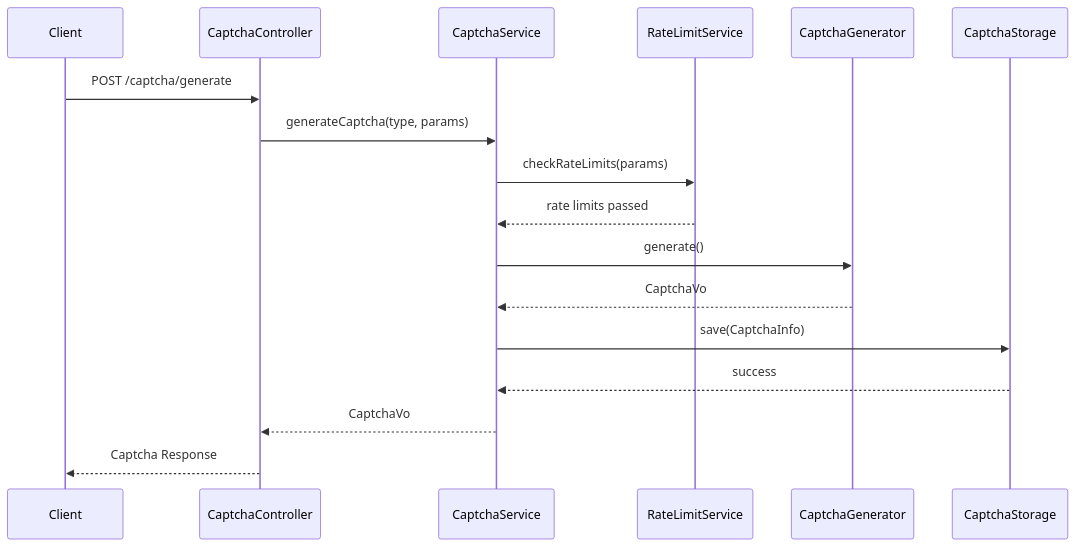
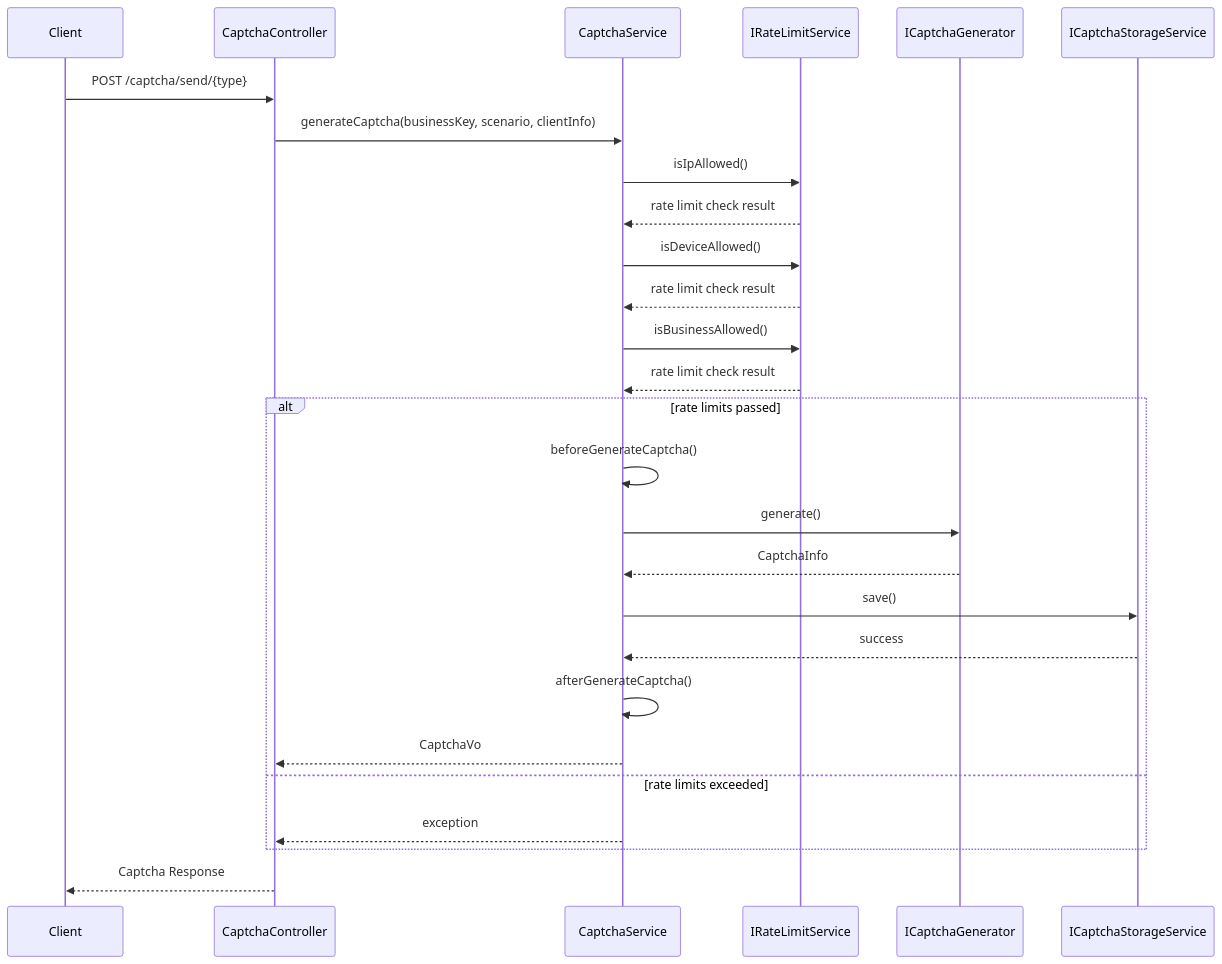
One commit to opensabre/base-sysadmin changed the third of 5 diagrams in CAPTCHA_MODULE_DESIGN.md. Above: the diagram before and after it, drawn with Mermaid. The commit also changed other lines of this file and 1 other file, not shown here.

Commit message:
Update captcha module design documentation with latest architecture

````diff
--- a/CAPTCHA_MODULE_DESIGN.md
+++ b/CAPTCHA_MODULE_DESIGN.md
@@ -155,24 +206,37 @@
 ```mermaid
 sequenceDiagram
     participant Client
     participant CaptchaController
     participant CaptchaService
-    participant RateLimitService
-    participant CaptchaGenerator
-    participant CaptchaStorage
+    participant IRateLimitService
+    participant ICaptchaGenerator
+    participant ICaptchaStorageService
     
-    Client->>CaptchaController: POST /captcha/generate
-    CaptchaController->>CaptchaService: generateCaptcha(type, params)
+    Client->>CaptchaController: POST /captcha/send/{type}
+    CaptchaController->>CaptchaService: generateCaptcha(businessKey, scenario, clientInfo)
     
-    CaptchaService->>RateLimitService: checkRateLimits(params)
-    RateLimitService-->>CaptchaService: rate limits passed
+    CaptchaService->>IRateLimitService: isIpAllowed()
+    IRateLimitService-->>CaptchaService: rate limit check result
     
-    CaptchaService->>CaptchaGenerator: generate()
-    CaptchaGenerator-->>CaptchaService: CaptchaVo
+    CaptchaService->>IRateLimitService: isDeviceAllowed()
+    IRateLimitService-->>CaptchaService: rate limit check result
     
-    CaptchaService->>CaptchaStorage: save(CaptchaInfo)
-    CaptchaStorage-->>CaptchaService: success
+    CaptchaService->>IRateLimitService: isBusinessAllowed()
+    IRateLimitService-->>CaptchaService: rate limit check result
     
-    CaptchaService-->>CaptchaController: CaptchaVo
+    alt rate limits passed
+        CaptchaService->>CaptchaService: beforeGenerateCaptcha()
+        CaptchaService->>ICaptchaGenerator: generate()
+        ICaptchaGenerator-->>CaptchaService: CaptchaInfo
+        
+        CaptchaService->>ICaptchaStorageService: save()
+        ICaptchaStorageService-->>CaptchaService: success
+        
+        CaptchaService->>CaptchaService: afterGenerateCaptcha()
+        CaptchaService-->>CaptchaController: CaptchaVo
+    else rate limits exceeded
+        CaptchaService-->>CaptchaController: exception
+    end
+    
     CaptchaController-->>Client: Captcha Response
 ```
````
